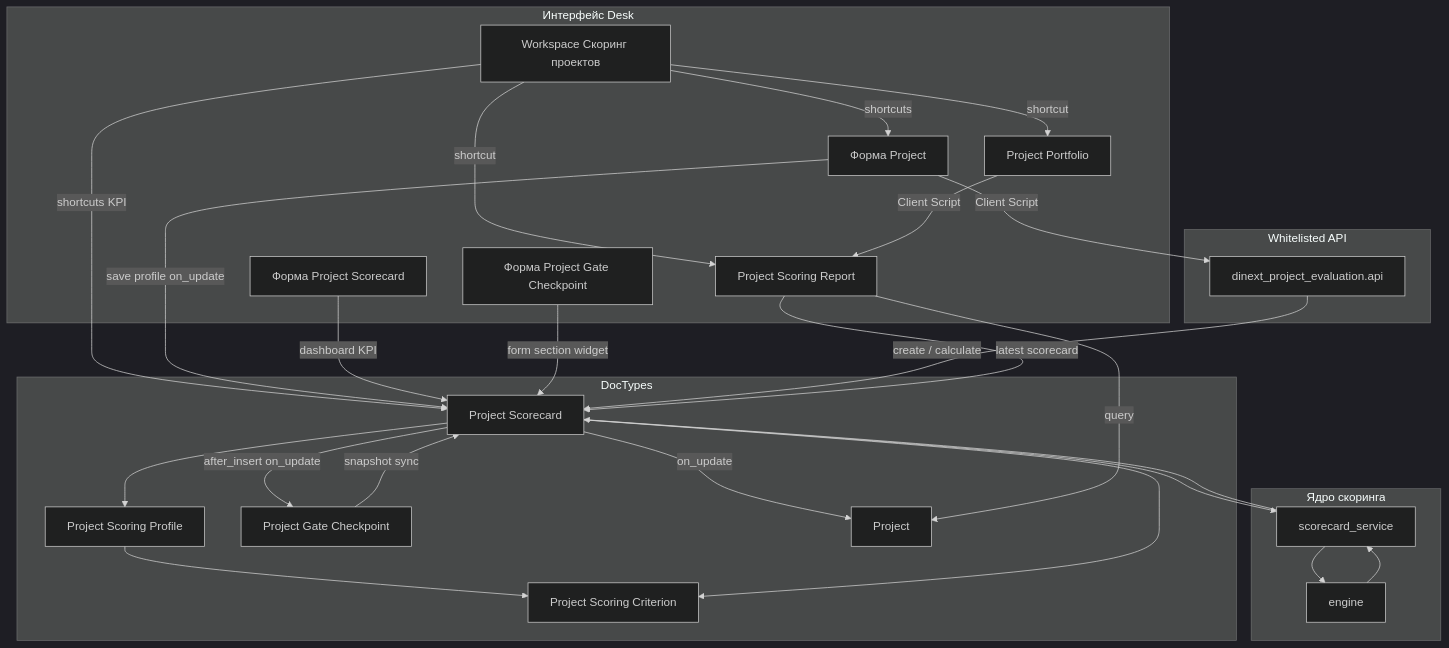
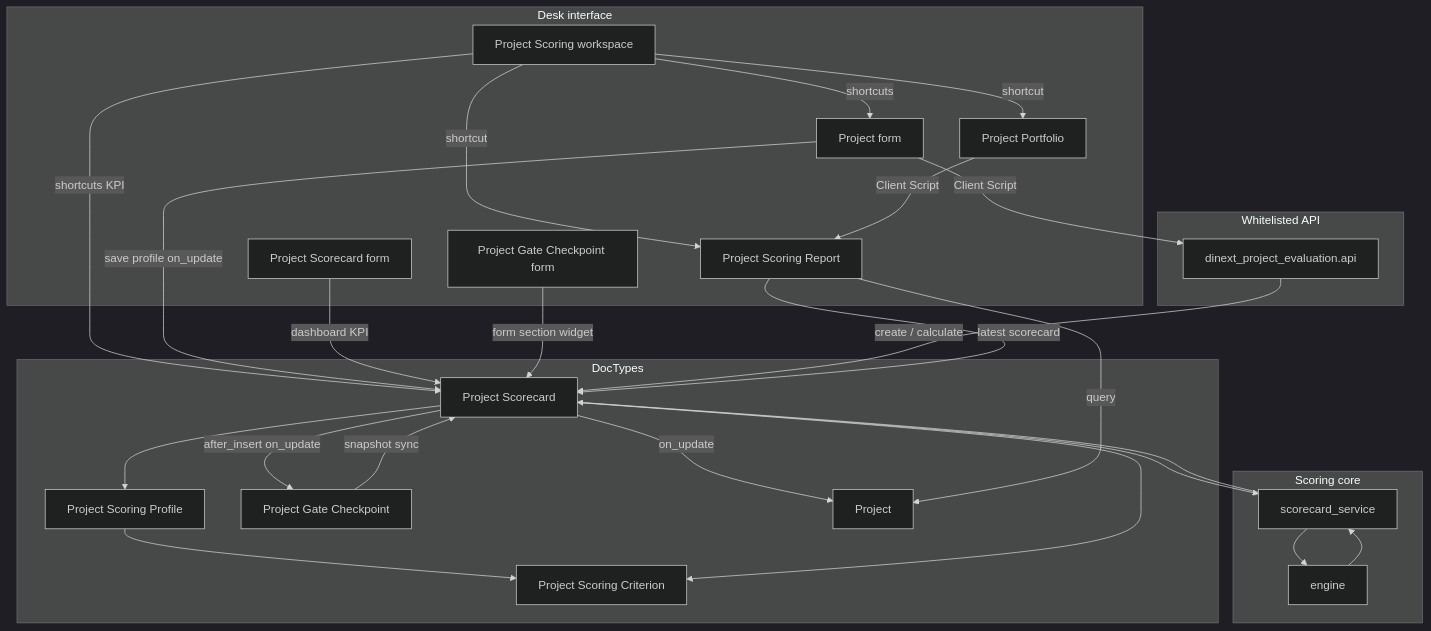
Before and after one commit to Dinext-pro/dinext-project-evaluation: the second of 2 diagrams in README.md, drawn with Mermaid (dark theme). The commit also changed other lines of this file and 1 other file, not shown here.

````diff
--- a/README.md
+++ b/README.md
@@ -708,51 +697,51 @@
 ```mermaid
 flowchart TB
-  subgraph UI["Интерфейс Desk"]
-    WS[Workspace Скоринг проектов]
-    P[Форма Project]
-    SCUI[Форма Project Scorecard]
-    CPUI[Форма Project Gate Checkpoint]
+  subgraph UI["Desk interface"]
+    WS[Project Scoring workspace]
+    P[Project form]
+    SCUI[Project Scorecard form]
+    CPUI[Project Gate Checkpoint form]
     PP[Project Portfolio]
     R[Project Scoring Report]
   end
 
   subgraph API["Whitelisted API"]
     A[dinext_project_evaluation.api]
   end
 
   subgraph Docs["DocTypes"]
     CR[Project Scoring Criterion]
     PR[Project Scoring Profile]
     SC[Project Scorecard]
     CP[Project Gate Checkpoint]
     PJ[Project]
   end
 
-  subgraph Core["Ядро скоринга"]
+  subgraph Core["Scoring core"]
     SVC[scorecard_service]
     ENG[engine]
   end
 
   WS -->|shortcuts KPI| SC
   WS -->|shortcut| R
   WS -->|shortcuts| P
   WS -->|shortcut| PP
   P -->|Client Script| A
   P -->|save profile on_update| SC
   SCUI -->|dashboard KPI| SC
   CPUI -->|form section widget| SC
   CP -->|snapshot sync| SC
   SC -->|after_insert on_update| CP
   PP -->|Client Script| R
   A -->|create / calculate| SC
   SC --> SVC
   SVC --> ENG
   ENG --> SVC
   SVC --> SC
   SC -->|on_update| PJ
   PR --> CR
   SC --> PR
   SC --> CR
   R -->|query| PJ
   R -->|latest scorecard| SC
 ```
````
